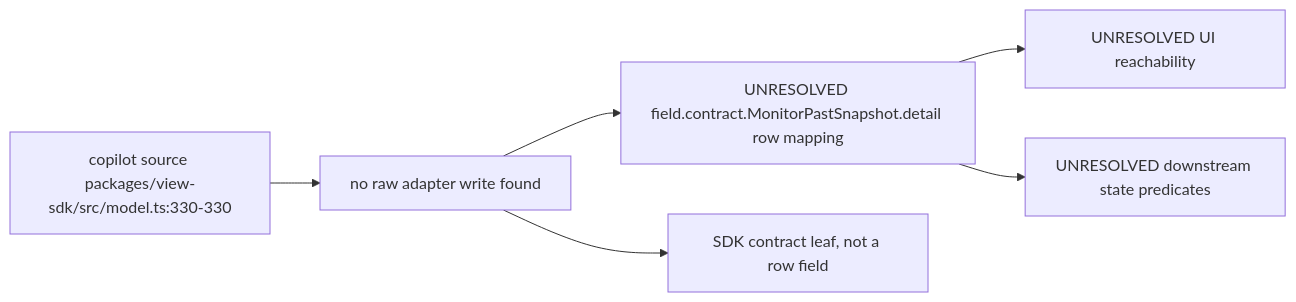
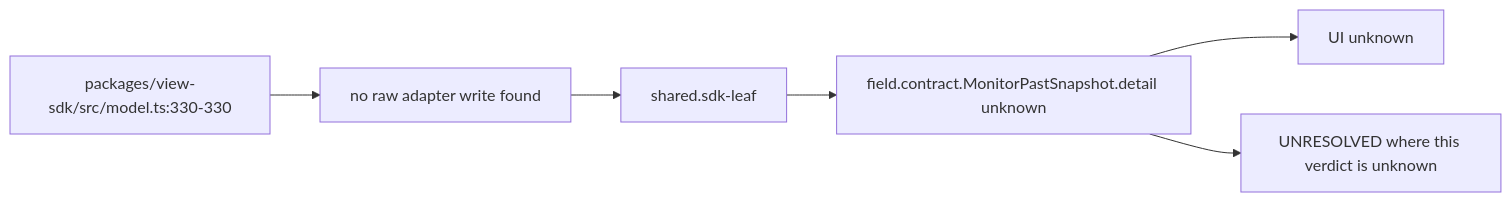
One commit to vibefield/vibefield changed the diagram in audit/godview/evidence/copilot/contract.MonitorPastSnapshot.detail.mmd. Above: the diagram before and after it, drawn with Mermaid. The commit also changed 1609 other files, not shown here.

```diff
--- a/audit/godview/evidence/copilot/contract.MonitorPastSnapshot.detail.mmd
+++ b/audit/godview/evidence/copilot/contract.MonitorPastSnapshot.detail.mmd
@@ -1,11 +1,13 @@
+%% graph_ref: shared.sdk-leaf
+%% adapter: copilot
+%% field: field.contract.MonitorPastSnapshot.detail
+%% forensic: source-read at 748d015; not a live sample
 flowchart LR
-  src["copilot source packages/view-sdk/src/model.ts:330-330"]
+  src["packages/view-sdk/src/model.ts:330-330"]
   raw["no raw adapter write found"]
-  row["UNRESOLVED field.contract.MonitorPastSnapshot.detail row mapping"]
-  ui["UNRESOLVED UI reachability"]
-  states["UNRESOLVED downstream state predicates"]
-  src --> raw --> row
-  row --> ui
-  row --> states
-  leaf["SDK contract leaf, not a row field"]
-  raw --> leaf
+  shared["shared.sdk-leaf"]
+  row["field.contract.MonitorPastSnapshot.detail unknown"]
+  ui["UI unknown"]
+  src --> raw --> shared --> row --> ui
+  open["UNRESOLVED where this verdict is unknown"]
+  row --> open
```
